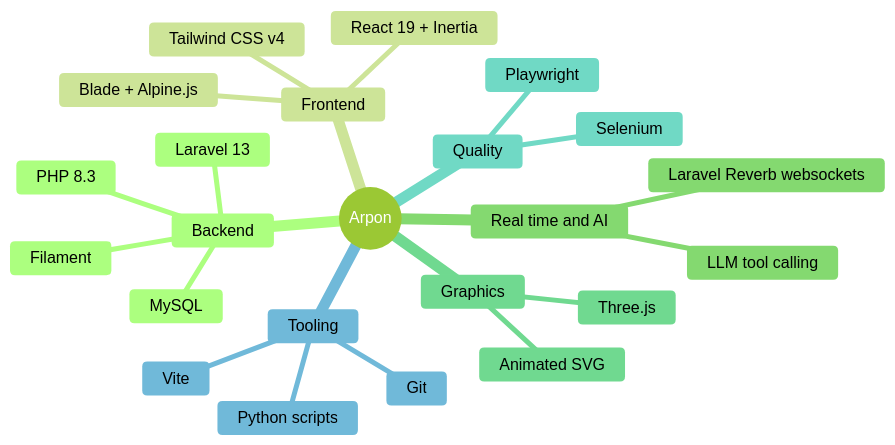
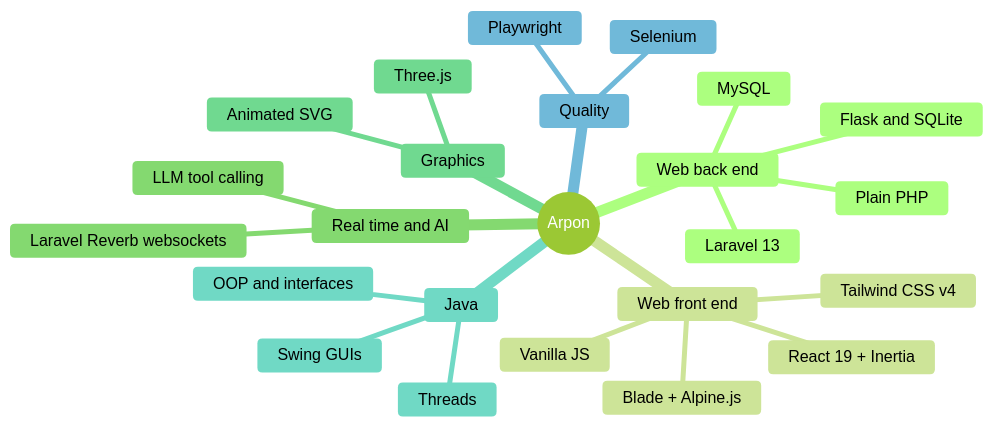
The diagram in README.md (shuaib0606-bit/shuaib0606-bit), drawn with Mermaid (forest theme) before and after one commit. The commit also changed other lines of this file and 16 other files, not shown here.

First line of the commit message:
Show all projects: Gen-Z Gamers Pro, Student Records and Java OOP labs

````diff
--- a/README.md
+++ b/README.md
@@ -43,26 +66,27 @@
 ```mermaid
 mindmap
   root((Arpon))
-    Backend
+    Web back end
       Laravel 13
-      PHP 8.3
+      Plain PHP
       MySQL
-      Filament
-    Frontend
+      Flask and SQLite
+    Web front end
       React 19 + Inertia
       Blade + Alpine.js
       Tailwind CSS v4
+      Vanilla JS
     Real time and AI
       Laravel Reverb websockets
       LLM tool calling
     Graphics
       Three.js
       Animated SVG
+    Java
+      OOP and interfaces
+      Swing GUIs
+      Threads
     Quality
       Selenium
       Playwright
-    Tooling
-      Git
-      Vite
-      Python scripts
 ```
````
